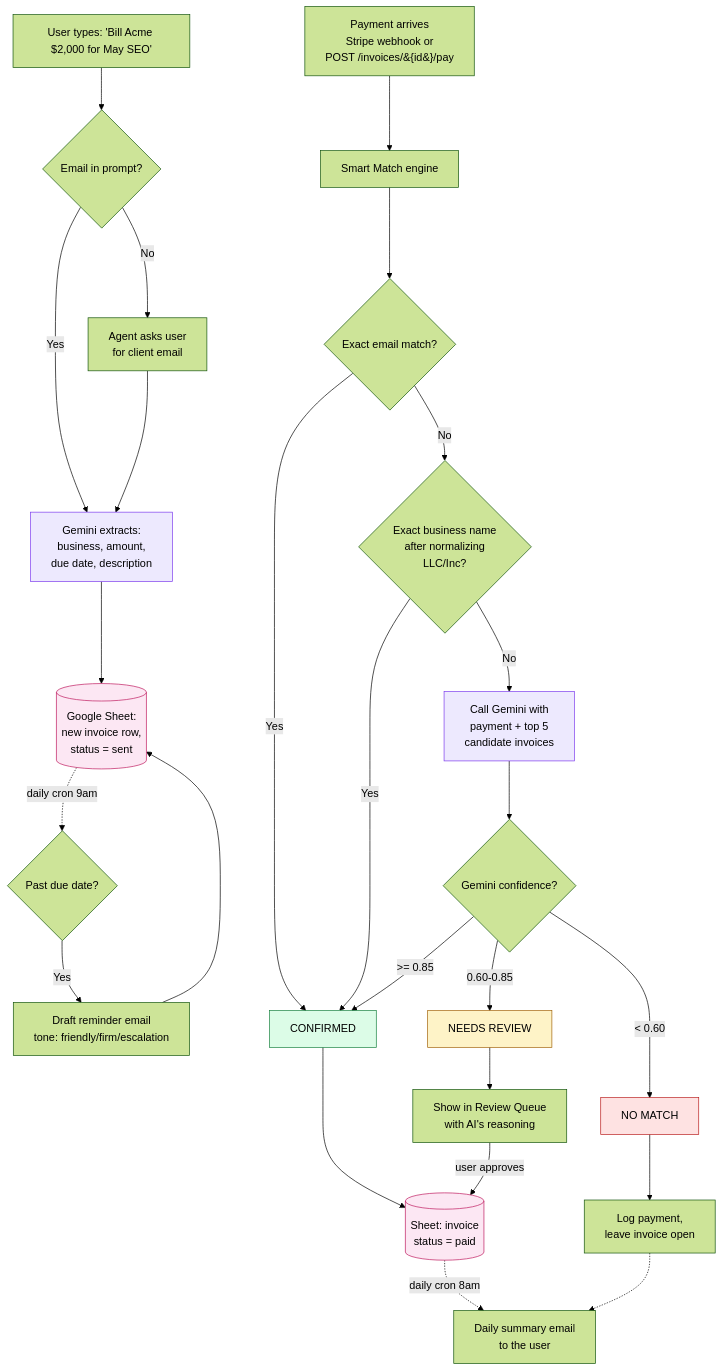
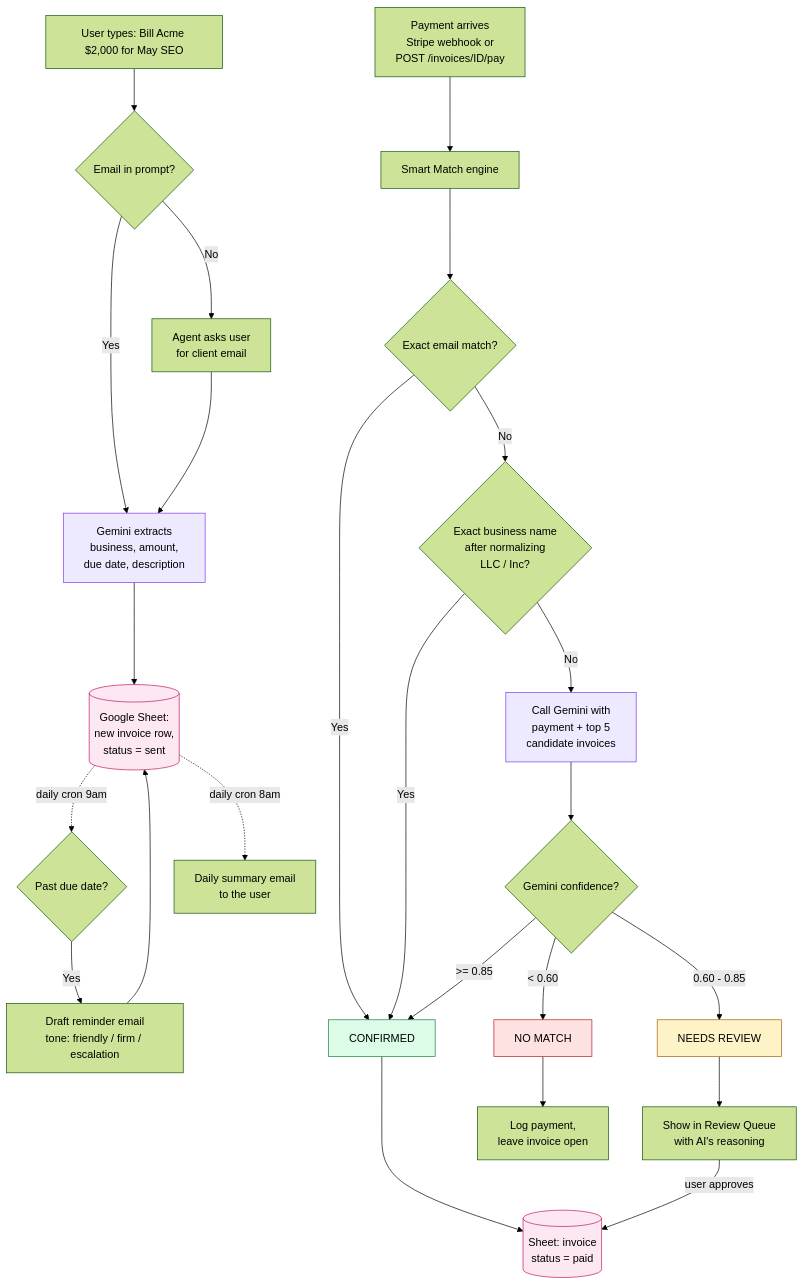
The diagram in docs/PRESENTATION.md (Zerubabel-J/AI-Accounts-Receivable-Manager), drawn with Mermaid (forest theme) before and after one commit. The commit also changed 1 other file, not shown here.

Commit message:
fix(docs): mermaid diagram renders on GitHub
Two bugs were hiding the architecture diagram on github.com:

1. README had a doubled opening fence (```mermaid twice in a row).
   GitHub treats the second line as the first line of the diagram
   content, then fails to detect a diagram type.

2. The Payment-arrives node used HTML entities (&#123; &#125;) to
   escape the braces in /invoices/{id}/pay. GitHub's Mermaid parser
   does not de-escape HTML entities the way VS Code's preview does,
   so the literal text broke the node.

Also cleaned up:
  - Edge labels with characters like '>=' and '/' now use the
    'A -- text --> B' form with quoted strings where needed.
  - Daily summary is now fed straight from the Sheet (single arrow)
    instead of from both terminal outcomes, which is conceptually
    cleaner and removes an extra arrow.

````diff
--- a/docs/PRESENTATION.md
+++ b/docs/PRESENTATION.md
@@ -36,40 +36,39 @@
 ```mermaid
 flowchart TD
-    A[User types: 'Bill Acme $2,000 for May SEO'] --> B{Email in prompt?}
-    B -->|Yes| D[Gemini extracts:<br/>business, amount,<br/>due date, description]
-    B -->|No| C[Agent asks user<br/>for client email]
+    A["User types: Bill Acme $2,000 for May SEO"] --> B{Email in prompt?}
+    B -- Yes --> D["Gemini extracts<br/>business, amount,<br/>due date, description"]
+    B -- No --> C[Agent asks user<br/>for client email]
     C --> D
-    D --> E[(Google Sheet:<br/>new invoice row,<br/>status = sent)]
+    D --> E[("Google Sheet:<br/>new invoice row,<br/>status = sent")]
 
-    E -.daily cron 9am.-> F{Past due date?}
-    F -->|Yes| G[Draft reminder email<br/>tone: friendly/firm/escalation]
+    E -. daily cron 9am .-> F{Past due date?}
+    F -- Yes --> G[Draft reminder email<br/>tone: friendly / firm / escalation]
     G --> E
 
-    H[Payment arrives<br/>Stripe webhook or<br/>POST /invoices/&#123;id&#125;/pay] --> I[Smart Match engine]
+    H["Payment arrives<br/>Stripe webhook or<br/>POST /invoices/ID/pay"] --> I[Smart Match engine]
 
     I --> J{Exact email match?}
-    J -->|Yes| CONF[CONFIRMED]
-    J -->|No| K{Exact business name<br/>after normalizing<br/>LLC/Inc?}
-    K -->|Yes| CONF
-    K -->|No| L[Call Gemini with<br/>payment + top 5<br/>candidate invoices]
+    J -- Yes --> CONF[CONFIRMED]
+    J -- No --> K{Exact business name<br/>after normalizing<br/>LLC / Inc?}
+    K -- Yes --> CONF
+    K -- No --> L[Call Gemini with<br/>payment + top 5<br/>candidate invoices]
     L --> M{Gemini confidence?}
-    M -->|>= 0.85| CONF
-    M -->|0.60-0.85| REV[NEEDS REVIEW]
-    M -->|< 0.60| NM[NO MATCH]
+    M -- ">= 0.85" --> CONF
+    M -- "0.60 - 0.85" --> REV[NEEDS REVIEW]
+    M -- "< 0.60" --> NM[NO MATCH]
 
-    CONF --> N[(Sheet: invoice<br/>status = paid)]
+    CONF --> N[("Sheet: invoice<br/>status = paid")]
     REV --> O[Show in Review Queue<br/>with AI's reasoning]
-    O -->|user approves| N
+    O -- user approves --> N
     NM --> P[Log payment,<br/>leave invoice open]
 
-    N -.daily cron 8am.-> Q[Daily summary email<br/>to the user]
-    P -.-> Q
+    E -. daily cron 8am .-> Q[Daily summary email<br/>to the user]
 
     style D fill:#ede9fe,stroke:#7c3aed
     style L fill:#ede9fe,stroke:#7c3aed
     style CONF fill:#dcfce7,stroke:#15803d
     style REV fill:#fef3c7,stroke:#a16207
     style NM fill:#fee2e2,stroke:#b91c1c
     style E fill:#fce7f3,stroke:#be185d
     style N fill:#fce7f3,stroke:#be185d
 ```
````
